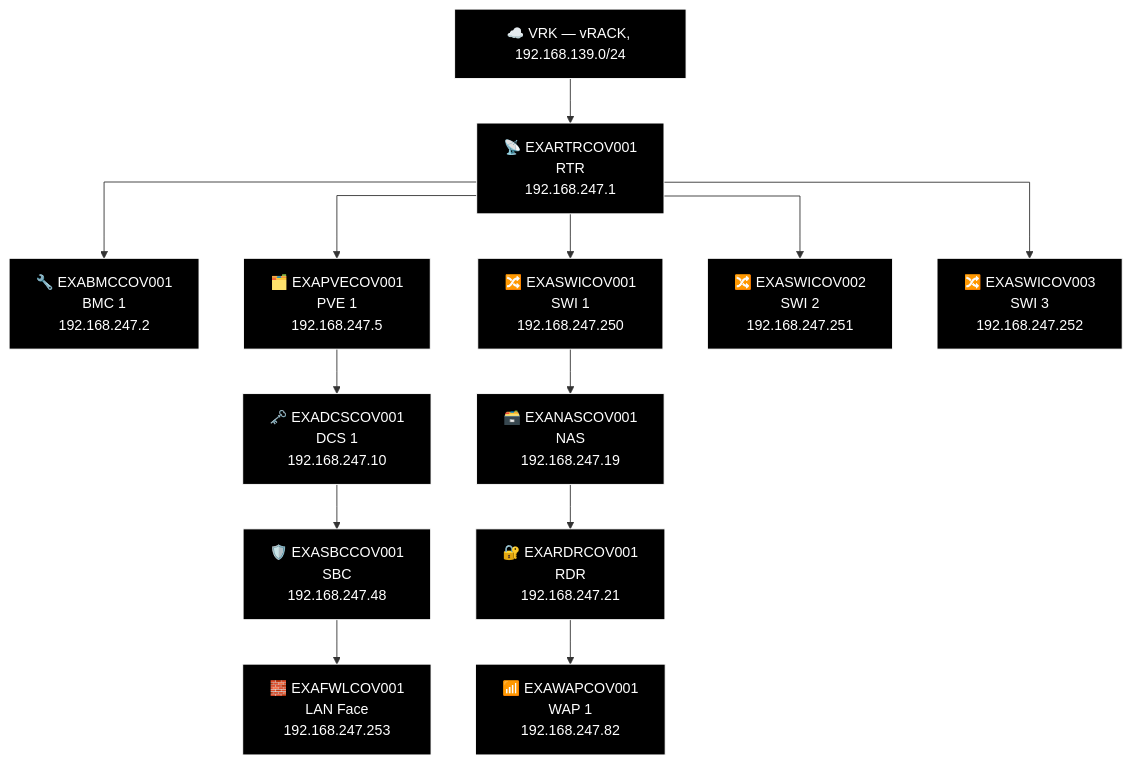
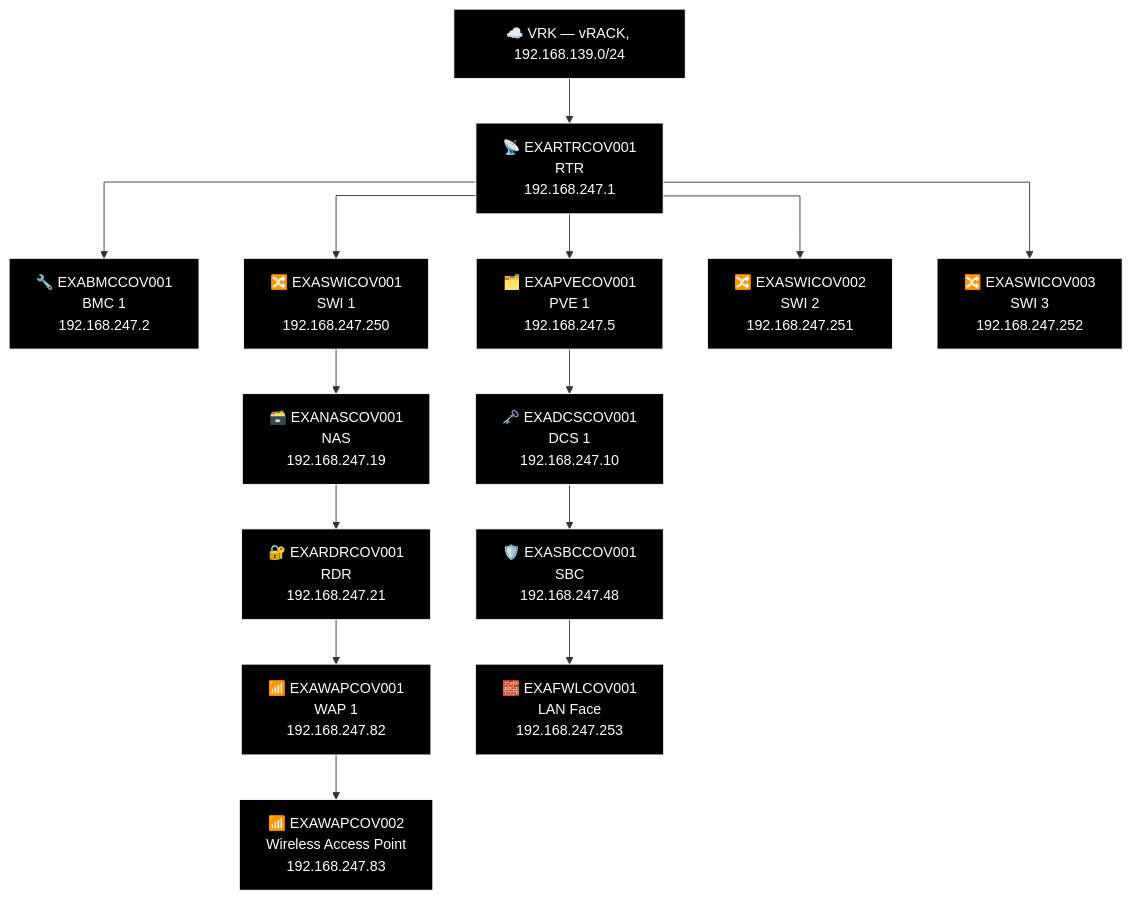
Diagram 27 of 27 in docs/network-diagram/england.md (knightmare2600/example_music_infra), drawn with Mermaid before and after one commit. The commit also changed other lines of this file and 25 other files, not shown here.

````diff
--- a/docs/network-diagram/england.md
+++ b/docs/network-diagram/england.md
@@ -1214,40 +1216,42 @@
 ```mermaid
 %% GENERATED:TOPOLOGY:COV:START
 %%{init: {'flowchart': {'curve': 'stepAfter'}}}%%
 graph TD
     T_VRK["☁️ VRK — vRACK, 192.168.139.0/24"]
     T_RTR["📡 EXARTRCOV001<br/>RTR<br/>192.168.247.1"]
     T_VRK --> T_RTR
     T_BMC["🔧 EXABMCCOV001<br/>BMC 1<br/>192.168.247.2"]
     T_RTR --> T_BMC
     T_PVE["🗂️ EXAPVECOV001<br/>PVE 1<br/>192.168.247.5"]
     T_RTR --> T_PVE
     T_SWI["🔀 EXASWICOV001<br/>SWI 1<br/>192.168.247.250"]
     T_RTR --> T_SWI
     T_SWI2["🔀 EXASWICOV002<br/>SWI 2<br/>192.168.247.251"]
     T_RTR --> T_SWI2
     T_SWI3["🔀 EXASWICOV003<br/>SWI 3<br/>192.168.247.252"]
     T_RTR --> T_SWI3
     T_NAS["🗃️ EXANASCOV001<br/>NAS<br/>192.168.247.19"]
     T_RDR["🔐 EXARDRCOV001<br/>RDR<br/>192.168.247.21"]
     T_WAP["📶 EXAWAPCOV001<br/>WAP 1<br/>192.168.247.82"]
-    T_SWI --> T_NAS --> T_RDR --> T_WAP
+    T_WAP2["📶 EXAWAPCOV002<br/>Wireless Access Point<br/>192.168.247.83"]
+    T_SWI --> T_NAS --> T_RDR --> T_WAP --> T_WAP2
     T_DCS["🗝️ EXADCSCOV001<br/>DCS 1<br/>192.168.247.10"]
     T_SBC["🛡️ EXASBCCOV001<br/>SBC<br/>192.168.247.48"]
     T_FWL["🧱 EXAFWLCOV001<br/>LAN Face<br/>192.168.247.253"]
     T_PVE --> T_DCS --> T_SBC --> T_FWL
     style T_VRK fill:#000000,stroke:#FFFFFF,color:#FFFFFF
     style T_RTR fill:#000000,stroke:#FFFFFF,color:#FFFFFF
     style T_BMC fill:#000000,stroke:#FFFFFF,color:#FFFFFF
     style T_PVE fill:#000000,stroke:#FFFFFF,color:#FFFFFF
     style T_SWI fill:#000000,stroke:#FFFFFF,color:#FFFFFF
     style T_SWI2 fill:#000000,stroke:#FFFFFF,color:#FFFFFF
     style T_SWI3 fill:#000000,stroke:#FFFFFF,color:#FFFFFF
     style T_NAS fill:#000000,stroke:#FFFFFF,color:#FFFFFF
     style T_RDR fill:#000000,stroke:#FFFFFF,color:#FFFFFF
     style T_WAP fill:#000000,stroke:#FFFFFF,color:#FFFFFF
+    style T_WAP2 fill:#000000,stroke:#FFFFFF,color:#FFFFFF
     style T_DCS fill:#000000,stroke:#FFFFFF,color:#FFFFFF
     style T_SBC fill:#000000,stroke:#FFFFFF,color:#FFFFFF
     style T_FWL fill:#000000,stroke:#FFFFFF,color:#FFFFFF
 %% GENERATED:TOPOLOGY:COV:END
 ```
````
